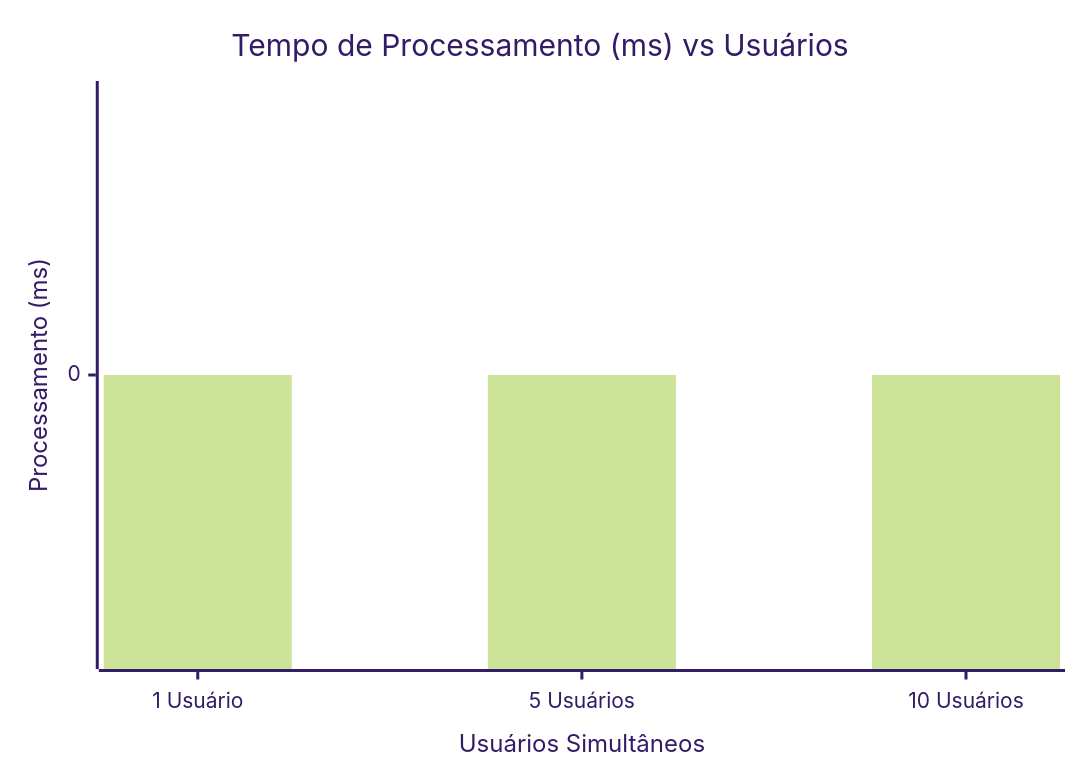
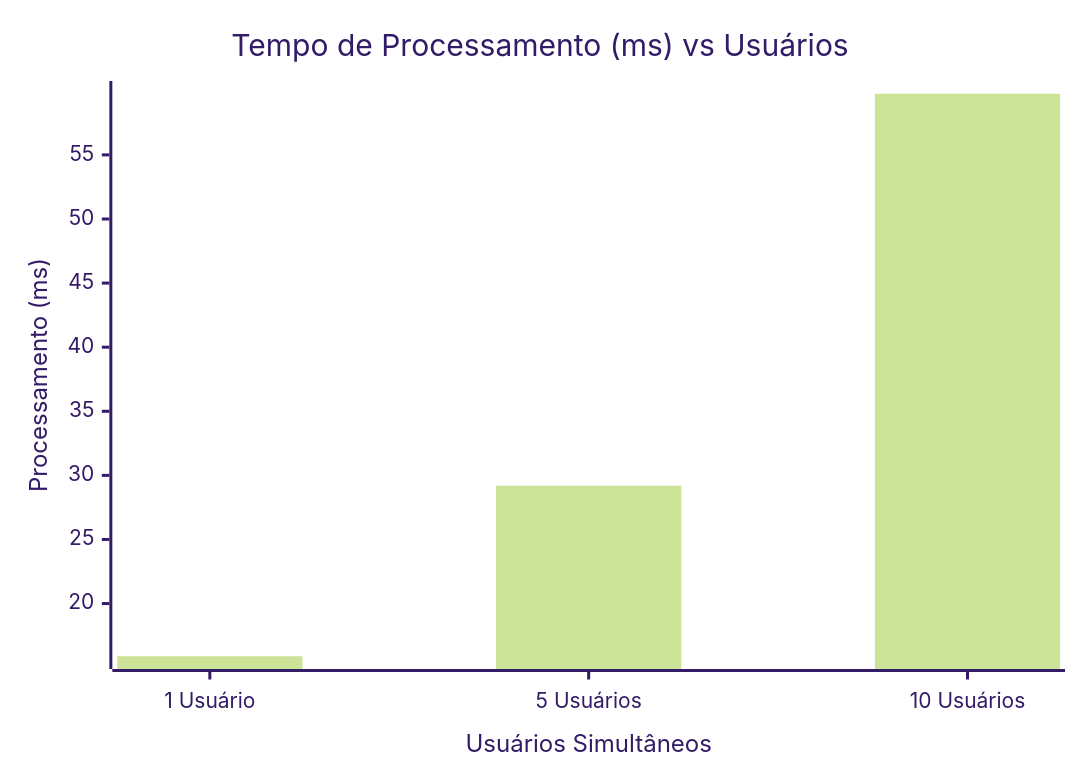
Before and after one commit to mavygarcia/AV3: the second of 3 diagrams in docs/relatorio_completo.md, drawn with Mermaid (forest theme). The commit also changed other lines of this file and 4 other files, not shown here.

````diff
--- a/docs/relatorio_completo.md
+++ b/docs/relatorio_completo.md
@@ -45,7 +48,7 @@
 ```mermaid
 xychart-beta
     title "Tempo de Processamento (ms) vs Usuários"
     x-axis "Usuários Simultâneos" ["1 Usuário", "5 Usuários", "10 Usuários"]
     y-axis "Processamento (ms)"
-    bar [0.00, 0.00, 0.00]
+    bar [15.89, 29.19, 59.77]
 ```
````
